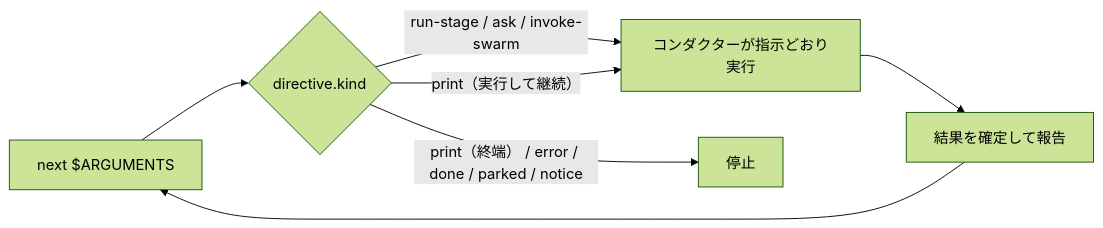
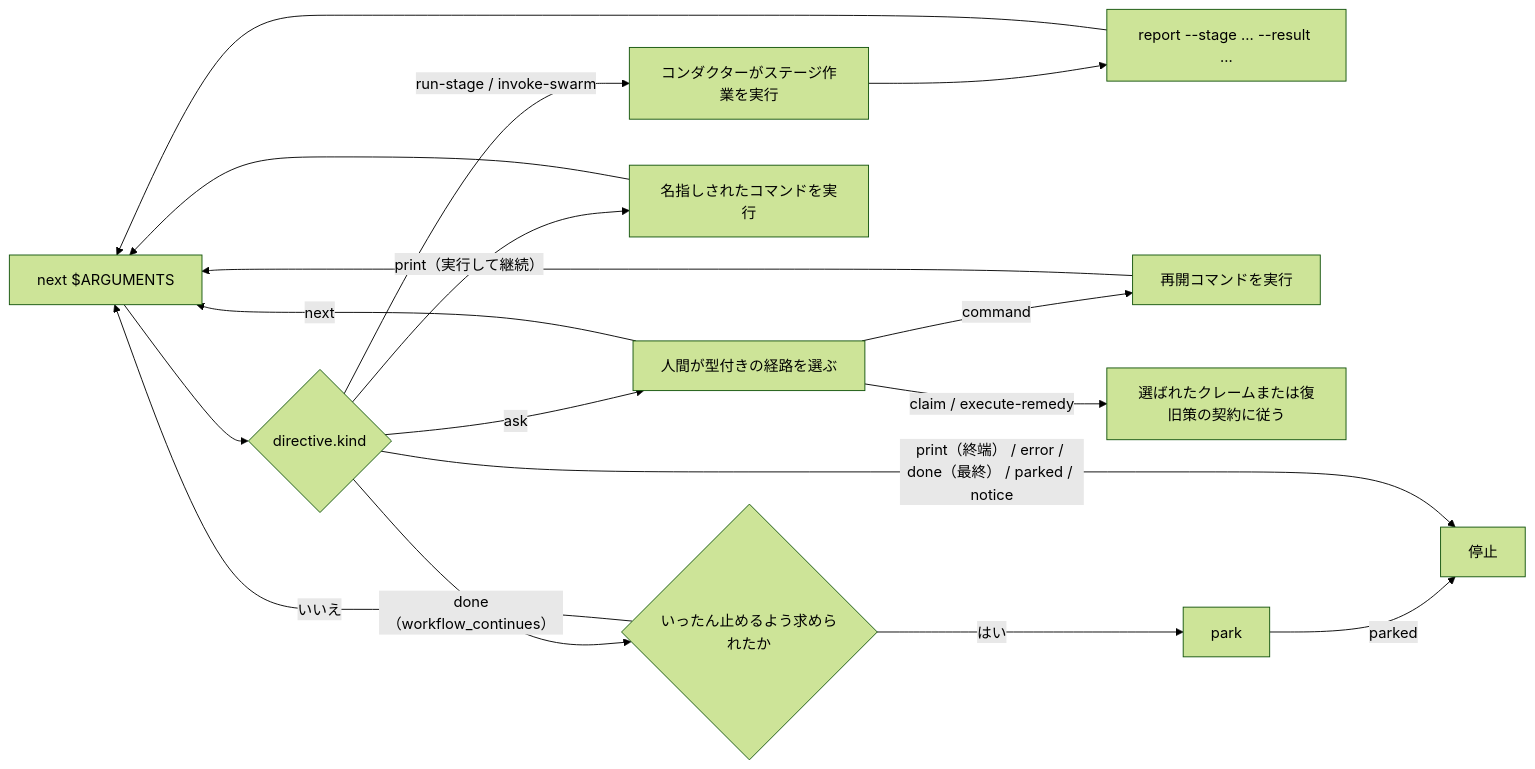
Before and after one commit to otomatty/aidlc-guide: the diagram in docs/reference/ja/17-skill-system.md, drawn with Mermaid (forest theme). The commit also changed other lines of this file and 832 other files, not shown here.

First line of the commit message:
Enhance plan approval workflow and PowerShell command parsing (#192)

````diff
--- a/docs/reference/ja/17-skill-system.md
+++ b/docs/reference/ja/17-skill-system.md
@@ -79,9 +87,19 @@
 ```mermaid
 flowchart LR
   A["next $ARGUMENTS"] --> B{"directive.kind"}
-  B -->|"run-stage / ask / invoke-swarm"| C["コンダクターが指示どおり実行"]
-  C --> D["結果を確定して報告"]
+  B -->|"run-stage / invoke-swarm"| C["コンダクターがステージ作業を実行"]
+  C --> D["report --stage ... --result ..."]
   D --> A
-  B -->|"print（実行して継続）"| C
-  B -->|"print（終端） / error / done / parked / notice"| E["停止"]
+  B -->|"ask"| F["人間が型付きの経路を選ぶ"]
+  F -->|"next"| A
+  F -->|"command"| G["再開コマンドを実行"]
+  G --> A
+  F -->|"claim / execute-remedy"| H["選ばれたクレームまたは復旧策の契約に従う"]
+  B -->|"print（実行して継続）"| I["名指しされたコマンドを実行"]
+  I --> A
+  B -->|"done（workflow_continues）"| J{"いったん止めるよう求められたか"}
+  J -->|"いいえ"| A
+  J -->|"はい"| K["park"]
+  K -->|"parked"| E
+  B -->|"print（終端） / error / done（最終） / parked / notice"| E["停止"]
 ```
````
